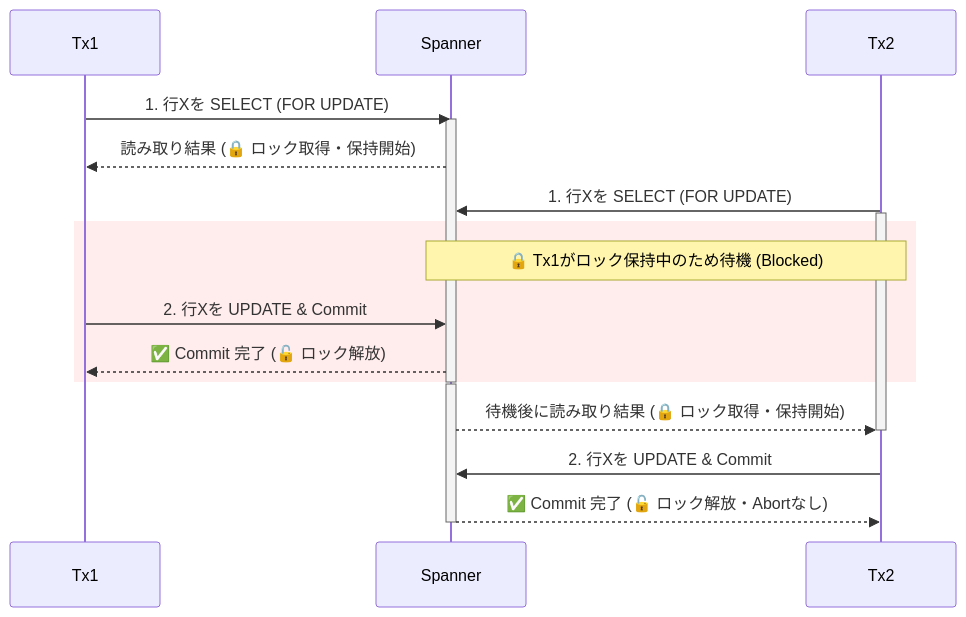
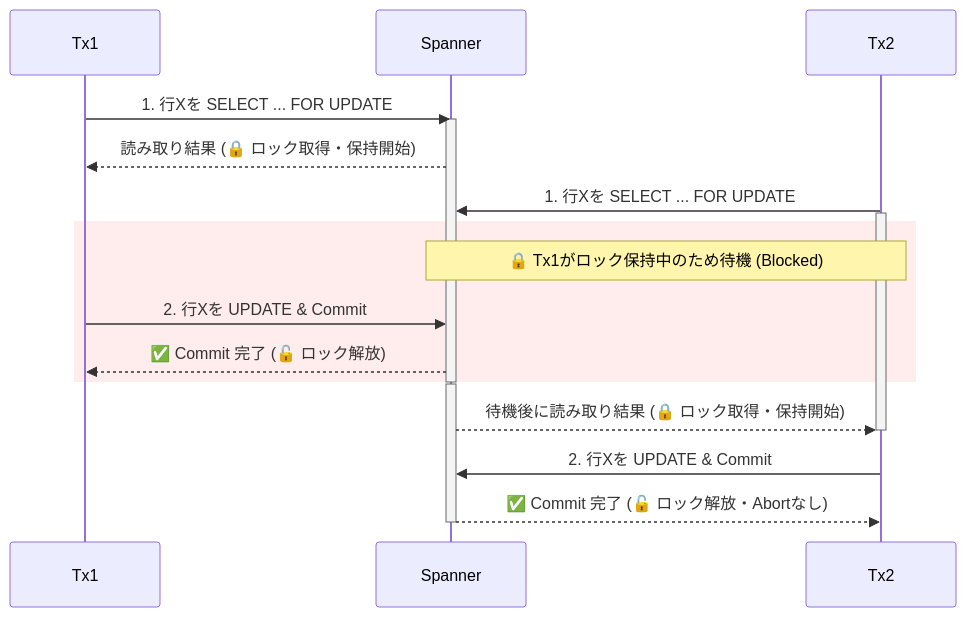
One commit to michity15169/zenn-content changed the first of 2 diagrams in articles/b112447edb6af8.md. Above: the diagram before and after it, drawn with Mermaid. The commit also changed other lines of this file, not shown here.

Commit message:
Incorporate PR #17 technical review feedback and align numbers with benchmark charts

````diff
--- a/articles/b112447edb6af8.md
+++ b/articles/b112447edb6af8.md
@@ -73,26 +78,26 @@
 ```mermaid
 sequenceDiagram
     participant Tx1 as Tx1
     participant Spanner as Spanner
     participant Tx2 as Tx2
 
-    Tx1->>Spanner: 1. 行Xを SELECT (FOR UPDATE)
+    Tx1->>Spanner: 1. 行Xを SELECT ... FOR UPDATE
     activate Spanner
     Spanner-->>Tx1: 読み取り結果 (🔒 ロック取得・保持開始)
 
-    Tx2->>Spanner: 1. 行Xを SELECT (FOR UPDATE)
+    Tx2->>Spanner: 1. 行Xを SELECT ... FOR UPDATE
     activate Tx2
     rect rgb(255, 236, 236)
         Note over Spanner,Tx2: 🔒 Tx1がロック保持中のため待機 (Blocked)
         Tx1->>Spanner: 2. 行Xを UPDATE & Commit
         Spanner-->>Tx1: ✅ Commit 完了 (🔓 ロック解放)
     end
     deactivate Spanner
 
     activate Spanner
     Spanner-->>Tx2: 待機後に読み取り結果 (🔒 ロック取得・保持開始)
     deactivate Tx2
     Tx2->>Spanner: 2. 行Xを UPDATE & Commit
     Spanner-->>Tx2: ✅ Commit 完了 (🔓 ロック解放・Abortなし)
     deactivate Spanner
 ```
````
